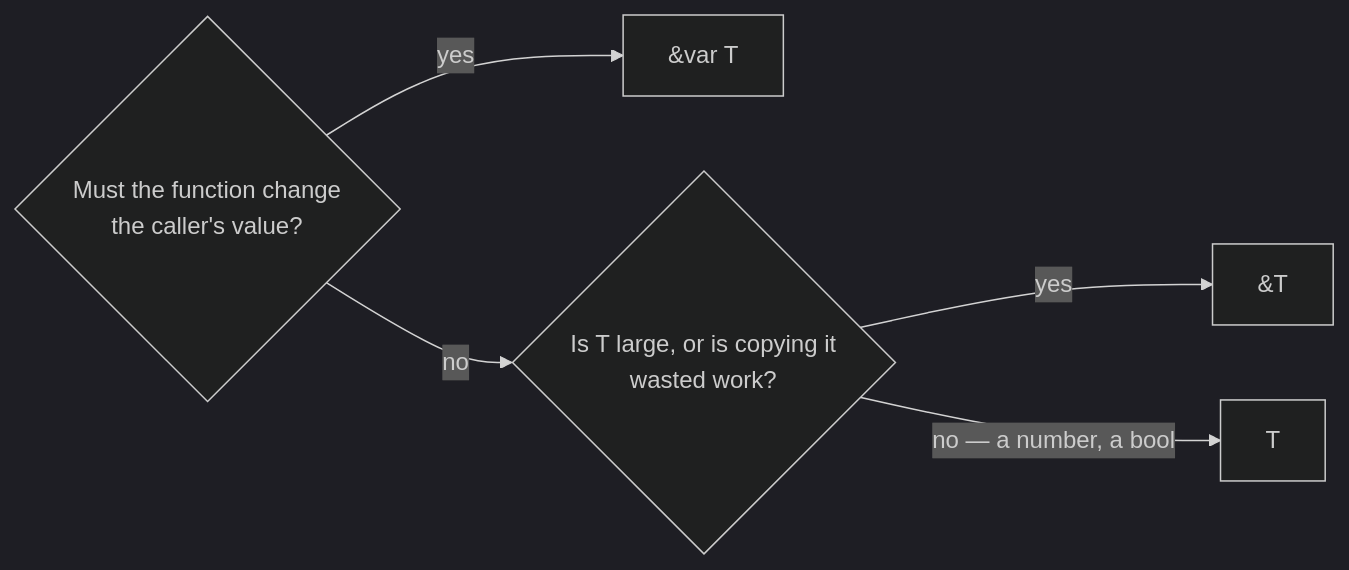
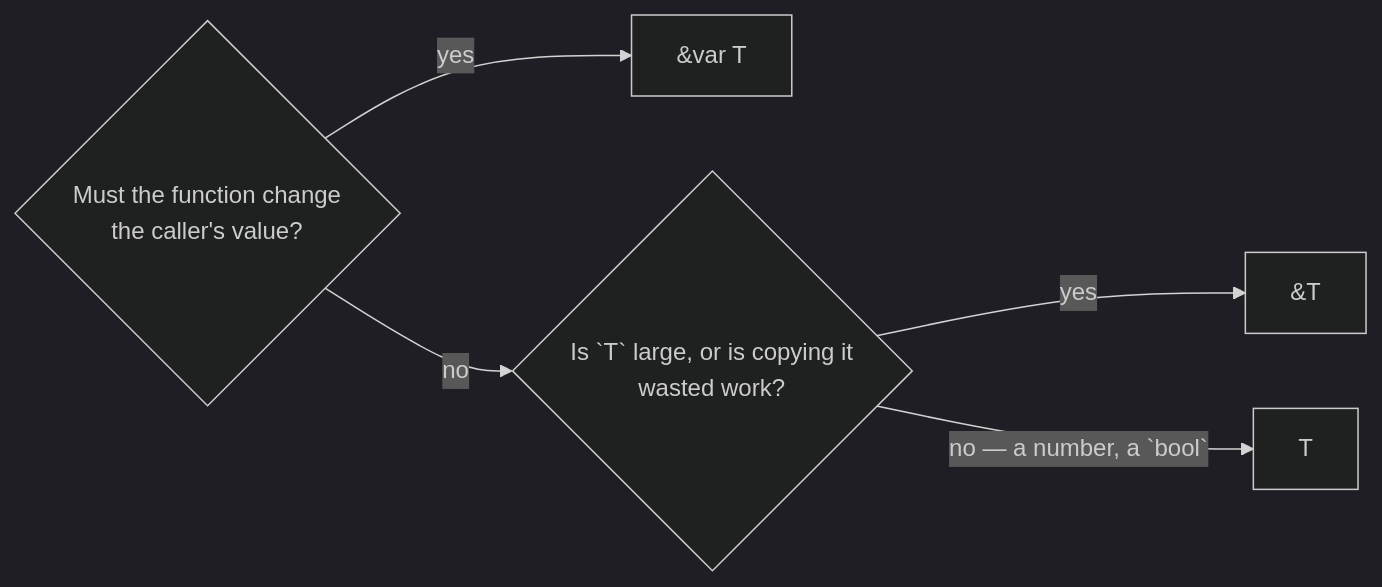
The diagram in content/docs/1.learn/06.types/03.mutable-reference.md (rux-lang/Web), drawn with Mermaid (dark theme) before and after one commit. The commit also changed 187 other files, not shown here.

First line of the commit message:
Draw the Learn diagrams for phones, with code in the mono face

````diff
--- a/content/docs/1.learn/06.types/03.mutable-reference.md
+++ b/content/docs/1.learn/06.types/03.mutable-reference.md
@@ -99,7 +99,7 @@
 ```mermaid
 flowchart LR
-    q1{"Must the function change<br/>the caller's value?"} -- "yes" --> rv["&var T"]
-    q1 -- "no" --> q2{"Is T large, or is copying it<br/>wasted work?"}
-    q2 -- "yes" --> r["&T"]
-    q2 -- "no — a number, a bool" --> v["T"]
+    q1{"Must the function change<br/>the caller's value?"} -- "yes" --> rv["`&var T`"]
+    q1 -- "no" --> q2{"Is `T` large, or is copying it<br/>wasted work?"}
+    q2 -- "yes" --> r["`&T`"]
+    q2 -- "no — a number, a `bool`" --> v["`T`"]
 ```
````
